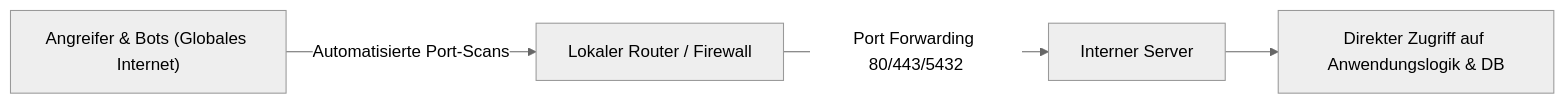
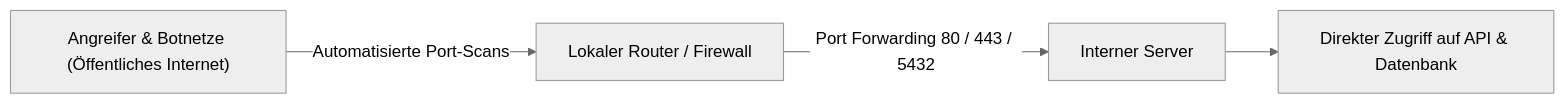
One commit to Pascal-Thommen/pascal-thommen.github.io changed the first of 3 diagrams in content/posts/upa-campus-app-architecture-part-3/index.de.md. Above: the diagram before and after it, drawn with Mermaid (neutral theme). The commit also changed other lines of this file and 20 other files, not shown here.

Commit message:
feat(posts): refine UPA Campus App architecture series with holistic webapp mental model and specification depth

````diff
--- a/content/posts/upa-campus-app-architecture-part-3/index.de.md
+++ b/content/posts/upa-campus-app-architecture-part-3/index.de.md
@@ -28,6 +28,6 @@
 ```mermaid
 flowchart LR
-    Attacker["Angreifer & Bots (Globales Internet)"] -->|Automatisierte Port-Scans| Router["Lokaler Router / Firewall"]
-    Router -->|Port Forwarding 80/443/5432| Server["Interner Server"]
-    Server --> Exploit["Direkter Zugriff auf Anwendungslogik & DB"]
+    Attacker["Angreifer & Botnetze (Öffentliches Internet)"] -->|Automatisierte Port-Scans| Router["Lokaler Router / Firewall"]
+    Router -->|Port Forwarding 80 / 443 / 5432| Server["Interner Server"]
+    Server --> Exploit["Direkter Zugriff auf API & Datenbank"]
 ```
````
